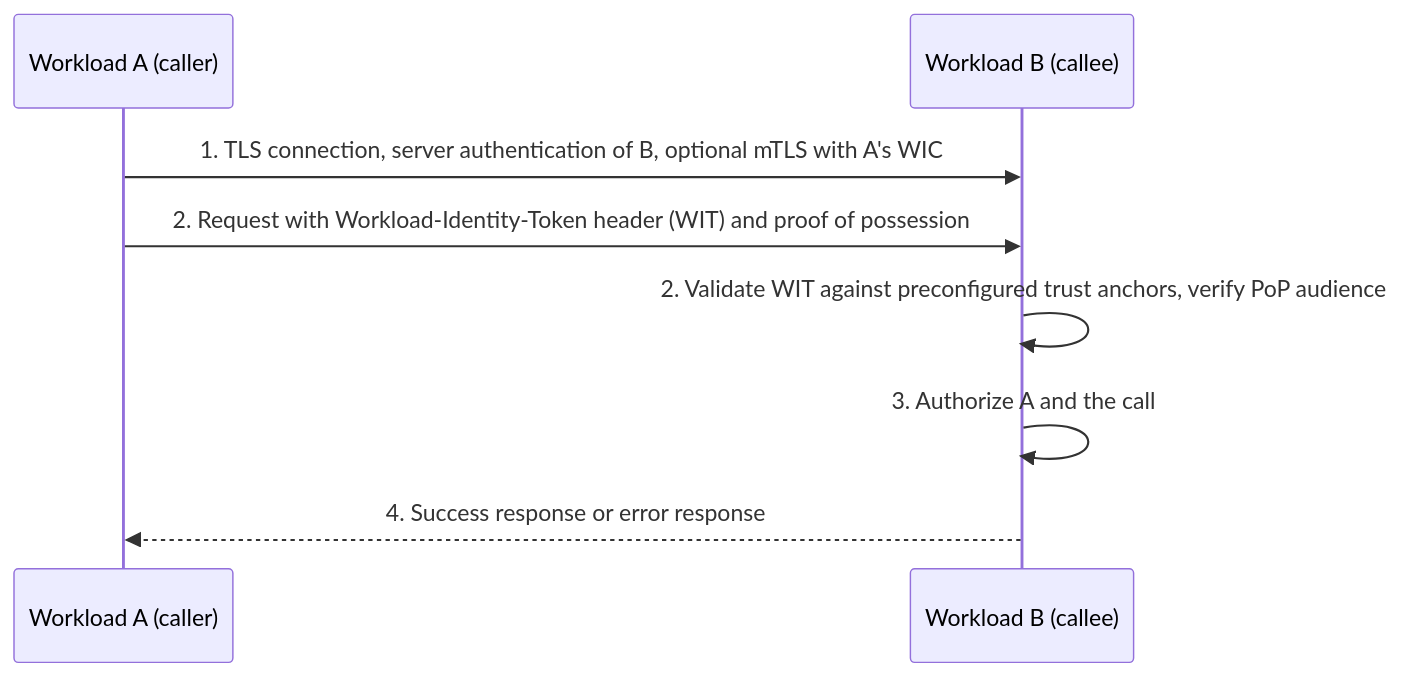
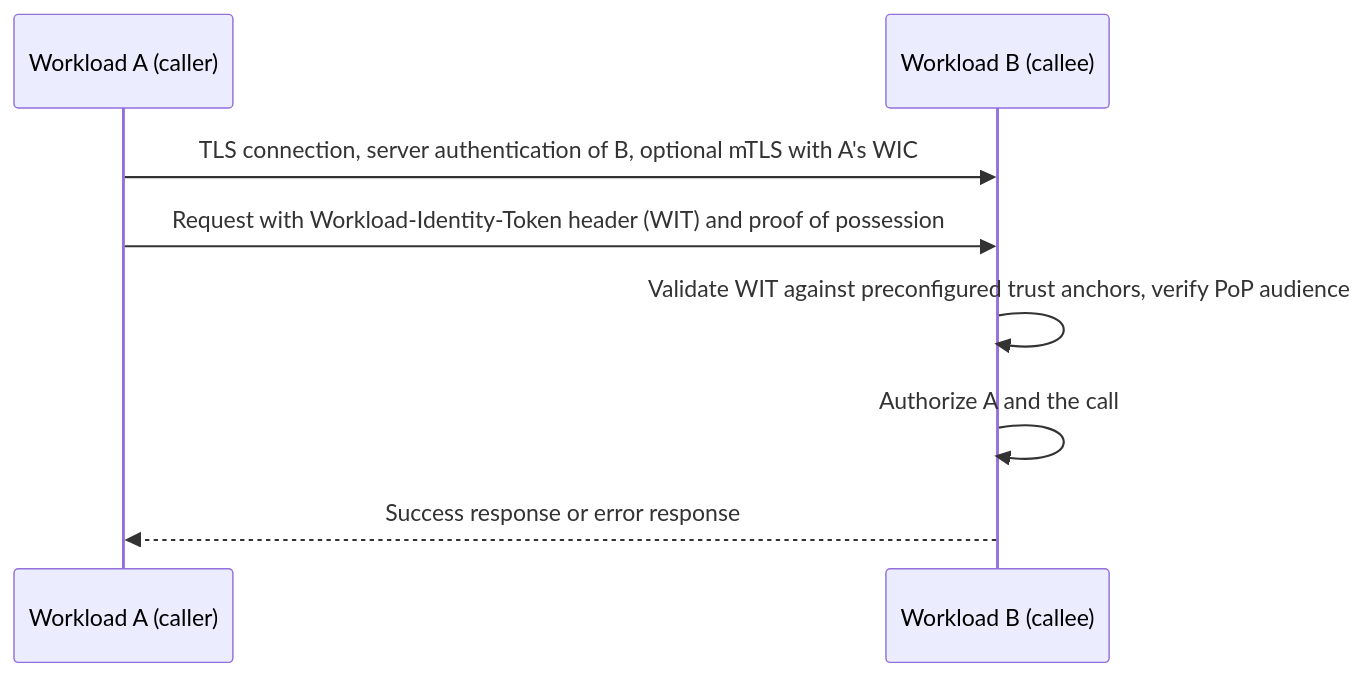
Before and after one commit to 0-draft/identity-deep-dive: the diagram in tracks/ietf-wimse/deep-dives/draft-ietf-wimse-workload-creds/README.md, drawn with Mermaid. The commit also changed other lines of this file and 1 other file, not shown here.

Commit message:
docs(ietf-wimse): unnumbered diagram labels and Appendix A.1

````diff
--- a/tracks/ietf-wimse/deep-dives/draft-ietf-wimse-workload-creds/README.md
+++ b/tracks/ietf-wimse/deep-dives/draft-ietf-wimse-workload-creds/README.md
@@ -15,10 +15,10 @@
 ```mermaid
 sequenceDiagram
     participant A as Workload A (caller)
     participant B as Workload B (callee)
-    A->>B: 1. TLS connection, server authentication of B, optional mTLS with A's WIC
-    A->>B: 2. Request with Workload-Identity-Token header (WIT) and proof of possession
-    B->>B: 2. Validate WIT against preconfigured trust anchors, verify PoP audience
-    B->>B: 3. Authorize A and the call
-    B-->>A: 4. Success response or error response
+    A->>B: TLS connection, server authentication of B, optional mTLS with A's WIC
+    A->>B: Request with Workload-Identity-Token header (WIT) and proof of possession
+    B->>B: Validate WIT against preconfigured trust anchors, verify PoP audience
+    B->>B: Authorize A and the call
+    B-->>A: Success response or error response
 ```
````
